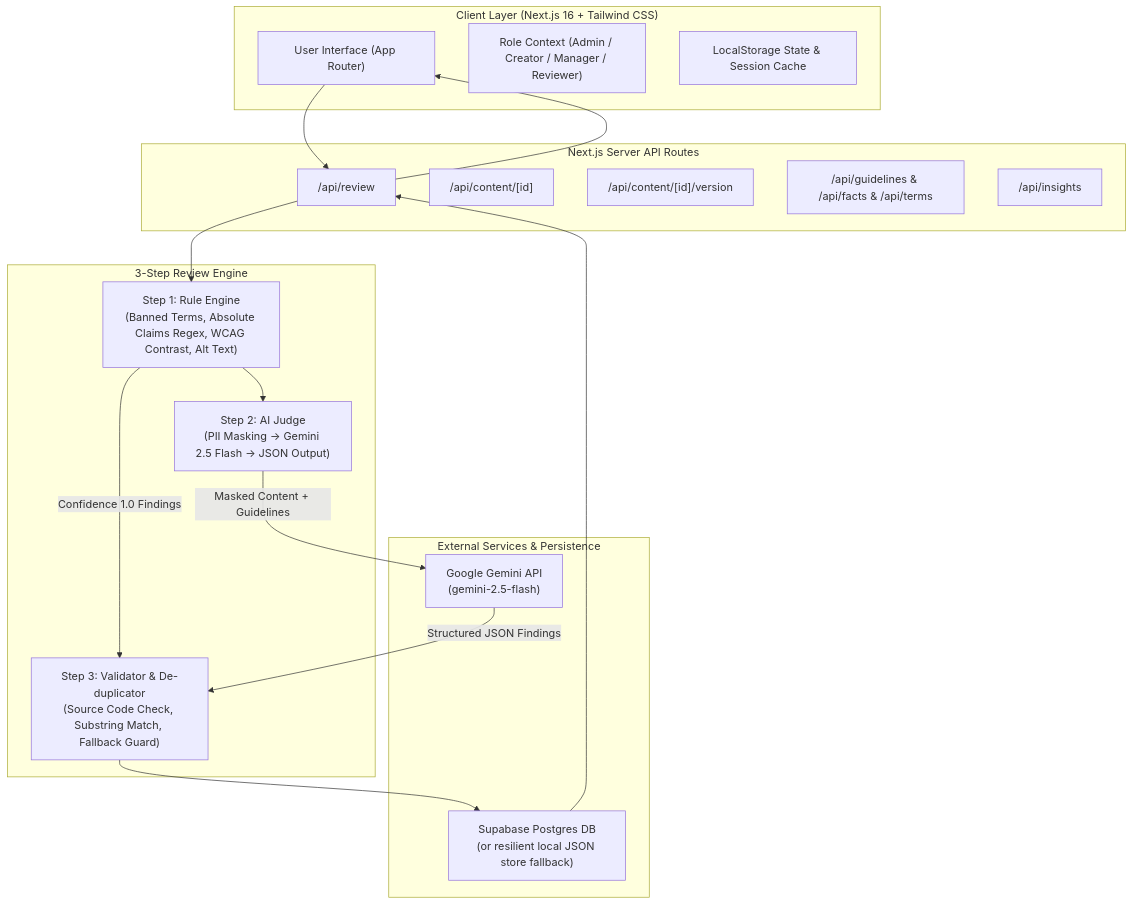
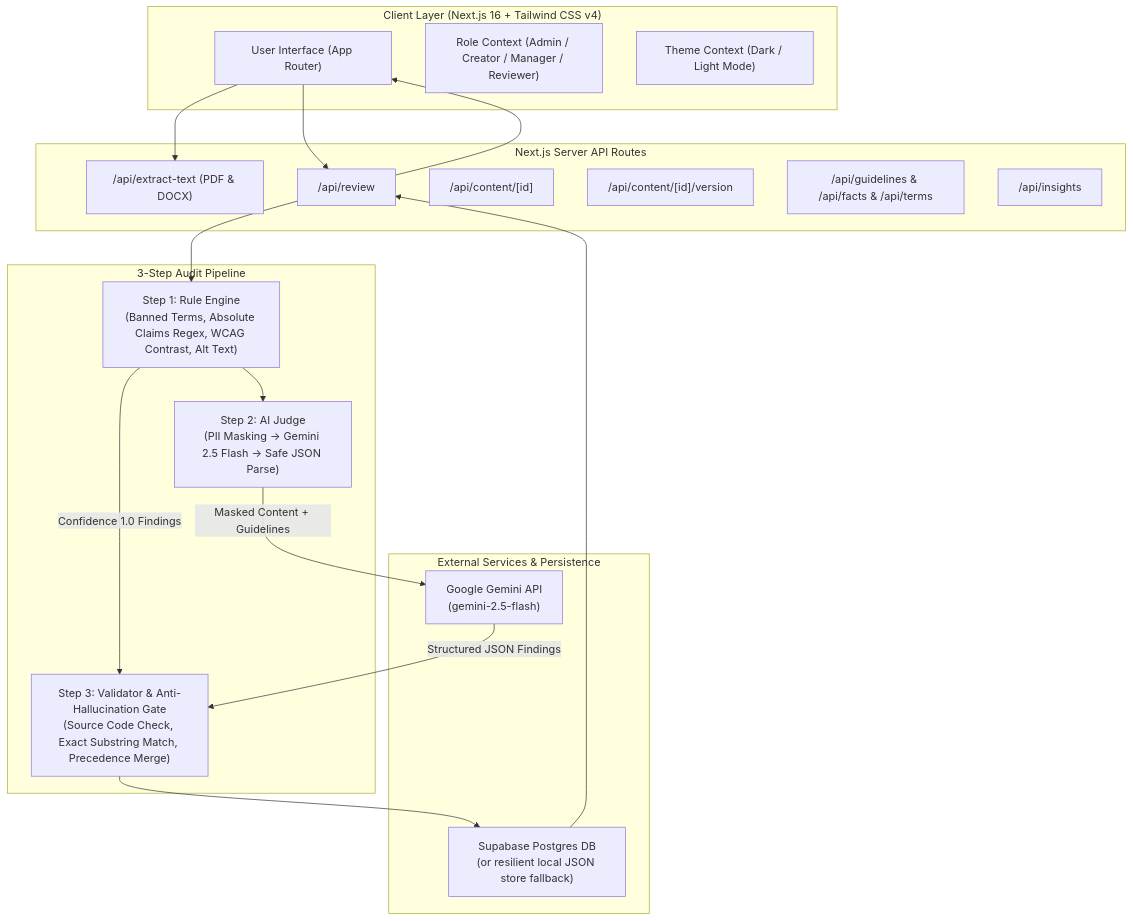
The first of 2 diagrams in README.md (Shaurya0117/brandsentry), drawn with Mermaid before and after one commit. The commit also changed other lines of this file and 1 other file, not shown here.

Commit message:
docs: add comprehensive README with architecture, pipeline, and docs/TESTING.md test matrix

````diff
--- a/README.md
+++ b/README.md
@@ -38,37 +47,39 @@
 ```mermaid
 flowchart TD
-    subgraph Client ["Client Layer (Next.js 16 + Tailwind CSS)"]
+    subgraph Client ["Client Layer (Next.js 16 + Tailwind CSS v4)"]
         UI["User Interface (App Router)"]
         RoleCtx["Role Context (Admin / Creator / Manager / Reviewer)"]
-        Store["LocalStorage State & Session Cache"]
+        ThemeCtx["Theme Context (Dark / Light Mode)"]
     end
 
     subgraph API ["Next.js Server API Routes"]
+        ExtractRoute["/api/extract-text (PDF & DOCX)"]
         RevRoute["/api/review"]
         ContentRoute["/api/content/[id]"]
         VerRoute["/api/content/[id]/version"]
         AdminRoute["/api/guidelines & /api/facts & /api/terms"]
         InsightRoute["/api/insights"]
     end
 
-    subgraph Pipeline ["3-Step Review Engine"]
+    subgraph Pipeline ["3-Step Audit Pipeline"]
         Step1["Step 1: Rule Engine\n(Banned Terms, Absolute Claims Regex, WCAG Contrast, Alt Text)"]
-        Step2["Step 2: AI Judge\n(PII Masking -> Gemini 2.5 Flash -> JSON Output)"]
-        Step3["Step 3: Validator & De-duplicator\n(Source Code Check, Substring Match, Fallback Guard)"]
+        Step2["Step 2: AI Judge\n(PII Masking -> Gemini 2.5 Flash -> Safe JSON Parse)"]
+        Step3["Step 3: Validator & Anti-Hallucination Gate\n(Source Code Check, Exact Substring Match, Precedence Merge)"]
     end
 
     subgraph External ["External Services & Persistence"]
         GeminiAPI["Google Gemini API\n(gemini-2.5-flash)"]
         SupabaseDB["Supabase Postgres DB\n(or resilient local JSON store fallback)"]
     end
 
+    UI --> ExtractRoute
     UI --> RevRoute
     RevRoute --> Step1
     Step1 --> Step2
     Step2 -->|Masked Content + Guidelines| GeminiAPI
     GeminiAPI -->|Structured JSON Findings| Step3
     Step1 -->|Confidence 1.0 Findings| Step3
     Step3 --> SupabaseDB
     SupabaseDB --> RevRoute
     RevRoute --> UI
 ```
````
